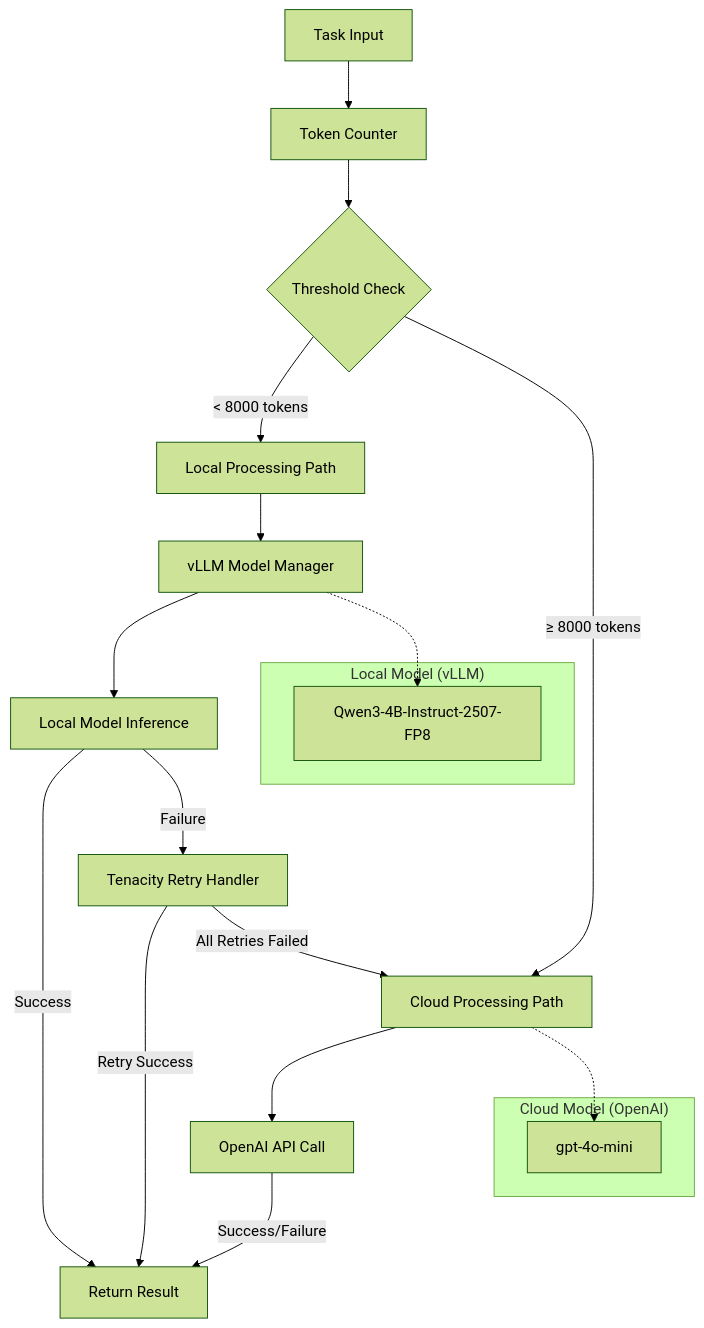
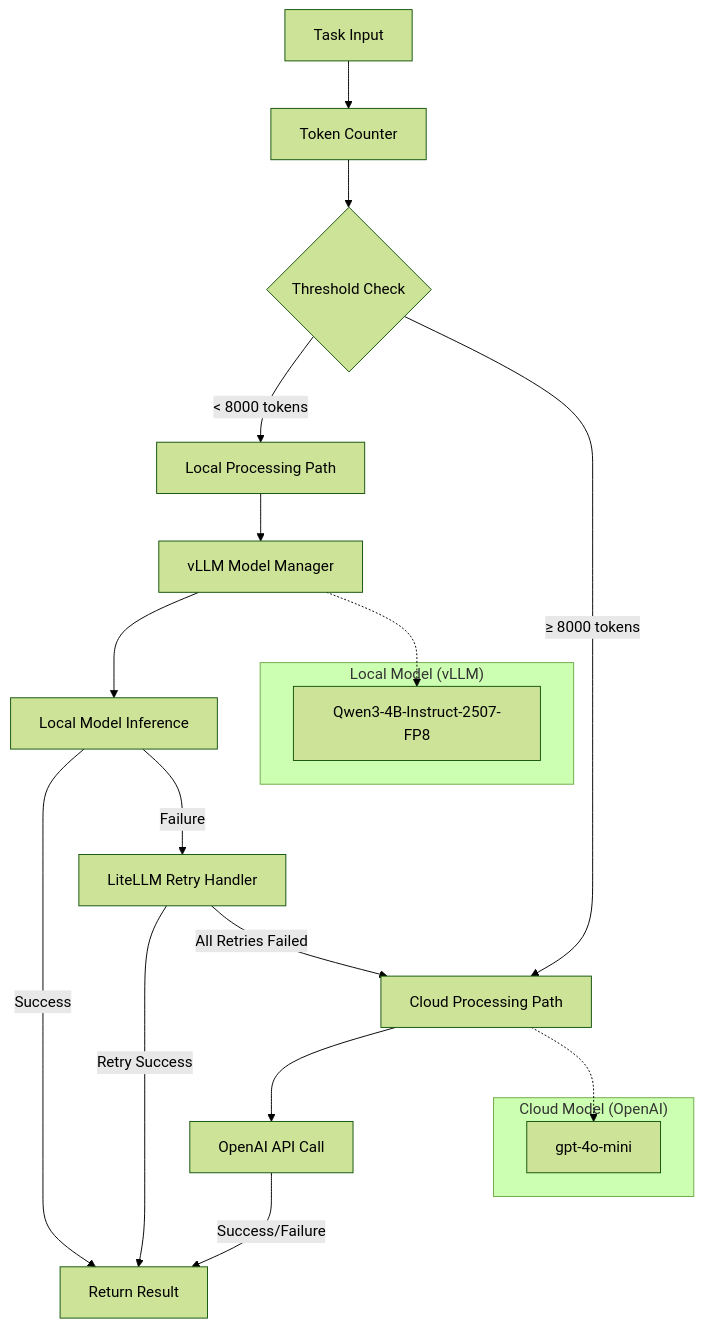
The second of 2 diagrams in docs/adrs/ADR-006-hybrid-strategy.md (BjornMelin/ai-job-scraper), drawn with Mermaid (forest theme) before and after one commit. The commit also changed other lines of this file and 12 other files, not shown here.

````diff
--- a/docs/adrs/ADR-006-hybrid-strategy.md
+++ b/docs/adrs/ADR-006-hybrid-strategy.md
@@ -141,28 +141,28 @@
 ```mermaid
 graph TB
     A[Task Input] --> B[Token Counter]
     B --> C{Threshold Check}
     C -->|< 8000 tokens| D[Local Processing Path]
     C -->|≥ 8000 tokens| E[Cloud Processing Path]
     
     D --> F[vLLM Model Manager]
     F --> G[Local Model Inference]
     G -->|Success| H[Return Result]
-    G -->|Failure| I[Tenacity Retry Handler]
+    G -->|Failure| I[LiteLLM Retry Handler]
     I -->|Retry Success| H
     I -->|All Retries Failed| E
     
     E --> J[OpenAI API Call]
     J -->|Success/Failure| H
     
     subgraph "Local Model (vLLM)"
         K[Qwen3-4B-Instruct-2507-FP8]
     end
     
     subgraph "Cloud Model (OpenAI)"
         L[gpt-4o-mini]
     end
     
     F -.-> K
     E -.-> L
 ```
````
